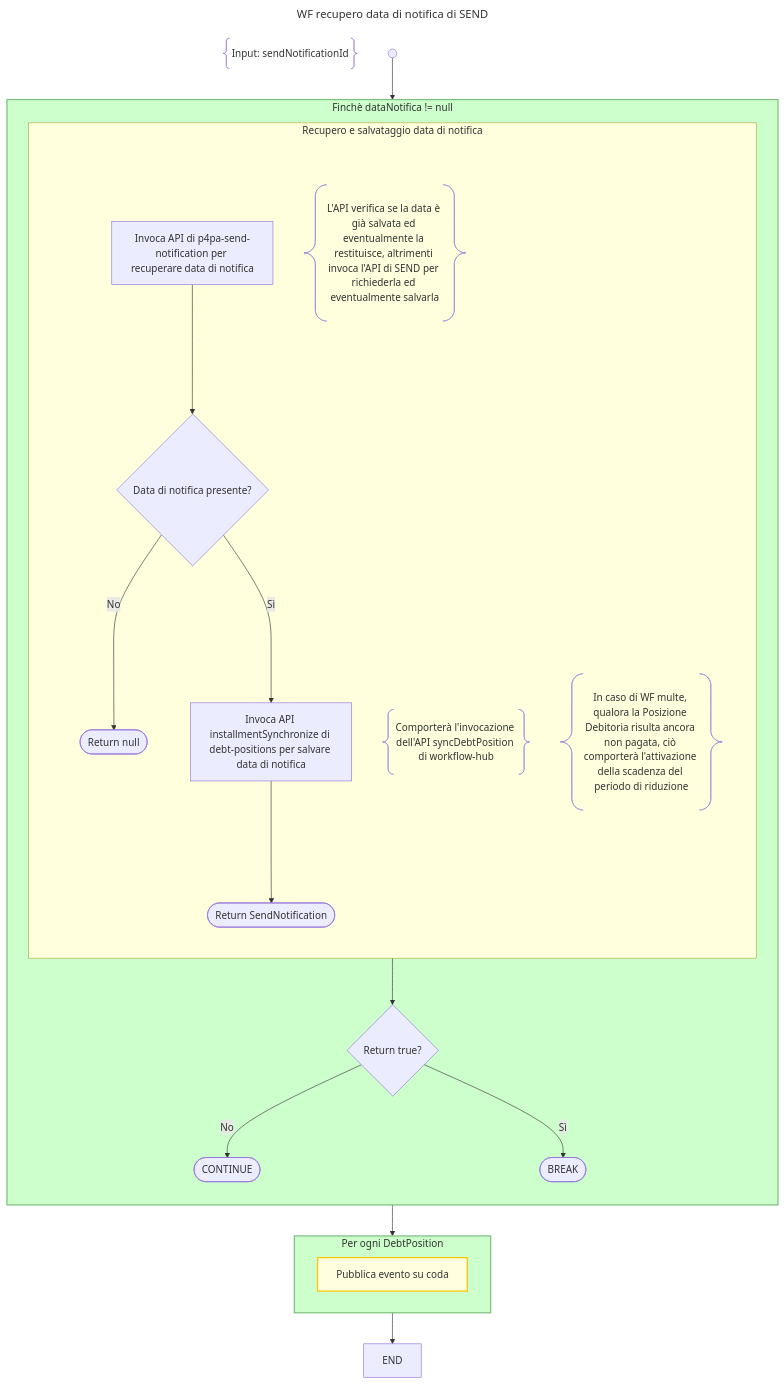
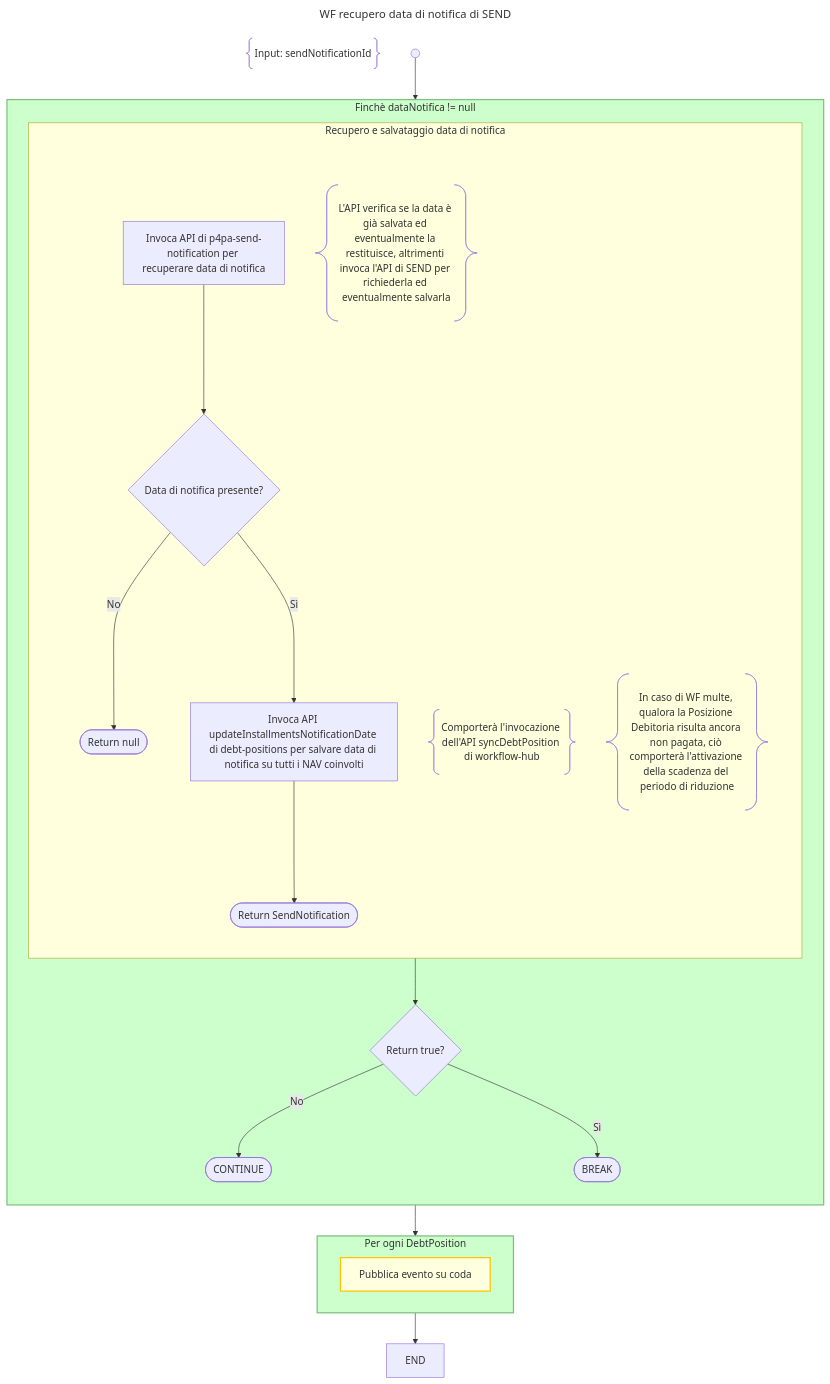
One commit to pagopa/p4pa-doc changed the diagram in design/workflow/notificaSend/wf_NotificationDateRetrieve.mmd. Above: the diagram before and after it, drawn with Mermaid. The commit also changed 1 other file, not shown here.

Commit message:
fix: ExportFile sequence

```diff
--- a/design/workflow/notificaSend/wf_NotificationDateRetrieve.mmd
+++ b/design/workflow/notificaSend/wf_NotificationDateRetrieve.mmd
@@ -1,55 +1,49 @@
 ---
+config:
+  theme: default
+  look: classic
 title: WF recupero data di notifica di SEND
 ---
 flowchart TD
     DESCRIPTION@{ shape: braces, label: "Input: sendNotificationId" }
     START@{shape: start} -->
     LOOP -->
     PUBLISH_EVENT_LOOP -->
     END
-
     subgraph PUBLISH_EVENT_LOOP["Per ogni DebtPosition"]
         PUBLISH_EVENT:::activity@{label: "Pubblica evento su coda"}
     end
     class PUBLISH_EVENT_LOOP loop
-
     subgraph LOOP["Finchè dataNotifica != null"]
     direction TB
         RETRIEVE_NOTIFICATION_DATE_ACTIVITY -->
         IS_SUCCESS{"Return true?"} -->
         |No|CONTINUE@{shape: terminal}
-
         IS_SUCCESS -->
         |Sì|BREAK@{shape: terminal}
-
         subgraph RETRIEVE_NOTIFICATION_DATE_ACTIVITY["Recupero e salvataggio data di notifica"]
         direction TB
             RETRIEVE_NOTIFICATION_DATE["Invoca API di p4pa-send-notification per recuperare data di notifica"] -->
             IS_NOTIFIED{"Data di notifica presente?"} -->
             |No|RETURN_KO@{shape: terminal, label: "Return null"}
-
             subgraph SAVE_NOTIFICATION_DATE_NOTE_BLOCK
                 SAVE_NOTIFICATION_DATE
                 SAVE_NOTIFICATION_DATE_NOTE@{shape: braces, label: "Comporterà l'invocazione dell'API syncDebtPosition di workflow-hub"}
                 SAVE_NOTIFICATION_DATE_NOTE_2@{shape: braces, label: "In caso di WF multe, qualora la Posizione Debitoria risulta ancora non pagata, ciò comporterà l'attivazione della scadenza del periodo di riduzione"}
             end
             class SAVE_NOTIFICATION_DATE_NOTE_BLOCK disable
-
             IS_NOTIFIED -->
-            |Sì|SAVE_NOTIFICATION_DATE["Invoca API installmentSynchronize di debt-positions per salvare data di notifica"] -->
+            |Sì|SAVE_NOTIFICATION_DATE["Invoca API updateInstallmentsNotificationDate di debt-positions per salvare data di notifica su tutti i NAV coinvolti"] -->
             RETURN_OK@{shape: terminal, label: "Return SendNotification"}
-
             subgraph RETRIEVE_NOTIFICATION_DATE_NOTE_BLOCK
                 RETRIEVE_NOTIFICATION_DATE
                 RETRIEVE_NOTIFICATION_DATE_NOTE@{shape: braces, label: "L'API verifica se la data è già salvata ed eventualmente la restituisce, altrimenti invoca l'API di SEND per richiederla ed eventualmente salvarla"}
             end
             class RETRIEVE_NOTIFICATION_DATE_NOTE_BLOCK disable
         end
         class NOTIFICATION_DATE_RETRIEVE activity
     end
     class LOOP loop
-
-
     classDef disable display:none;
     classDef activity fill:#FFFFE0, stroke:#ffc300, stroke-width:2px;
     classDef loop fill:#CCFFCC, stroke:#7FBF7F, stroke-width:2px, padding-bottom: 5px;
```
